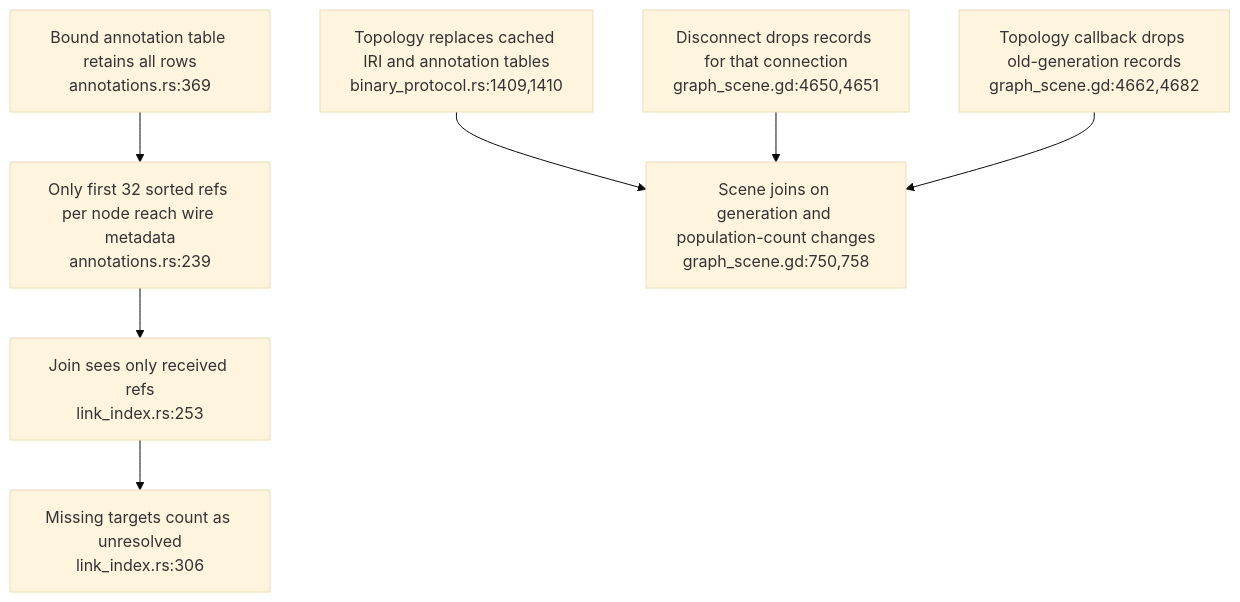
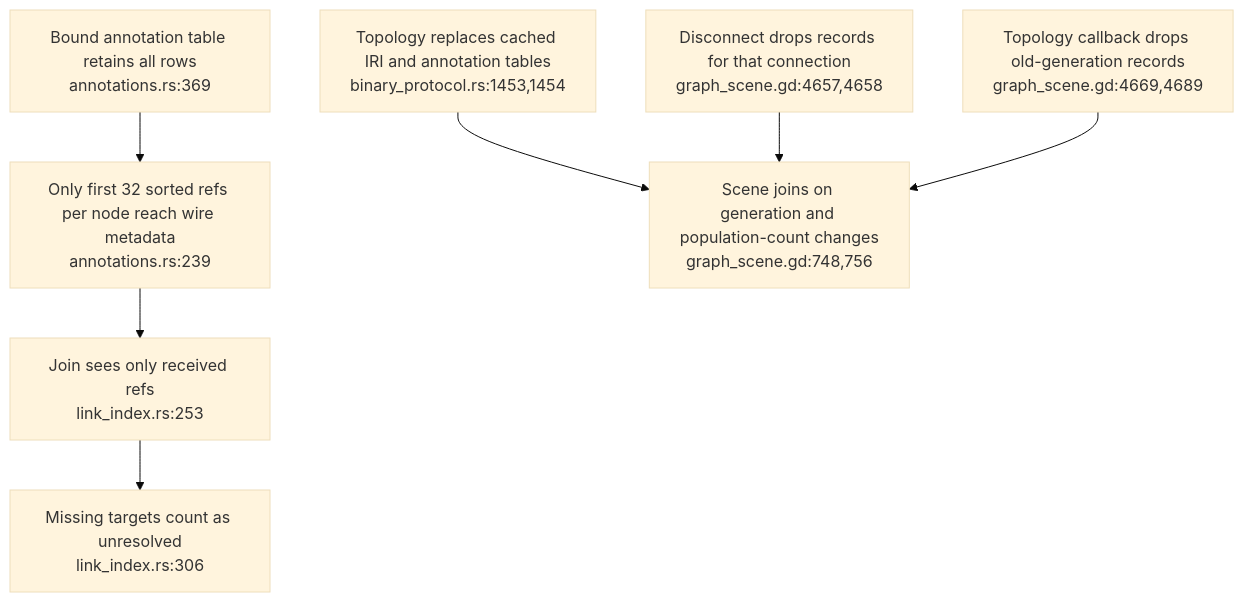
The third of 3 diagrams in docs/diagrams/visionclaw/45-code-to-concept-link-evidence.md (DreamLab-AI/VisionFlow), drawn with Mermaid (base theme) before and after one commit. The commit also changed other lines of this file and 24 other files, not shown here.

Commit message:
docs: align XR liveness, filtering and rendering diagrams (#33)

````diff
--- a/docs/diagrams/visionclaw/45-code-to-concept-link-evidence.md
+++ b/docs/diagrams/visionclaw/45-code-to-concept-link-evidence.md
@@ -67,9 +67,9 @@
 ```mermaid
 flowchart TD
     ALL["Bound annotation table retains all rows<br/>annotations.rs:369"] --> CUT["Only first 32 sorted refs per node reach wire metadata<br/>annotations.rs:239"]
     CUT --> JOIN["Join sees only received refs<br/>link_index.rs:253"]
     JOIN --> COUNT["Missing targets count as unresolved<br/>link_index.rs:306"]
-    TOPO["Topology replaces cached IRI and annotation tables<br/>binary_protocol.rs:1409,1410"] --> REBUILD["Scene joins on generation and population-count changes<br/>graph_scene.gd:750,758"]
-    DISC["Disconnect drops records for that connection<br/>graph_scene.gd:4650,4651"] --> REBUILD
-    NEW["Topology callback drops old-generation records<br/>graph_scene.gd:4662,4682"] --> REBUILD
+    TOPO["Topology replaces cached IRI and annotation tables<br/>binary_protocol.rs:1453,1454"] --> REBUILD["Scene joins on generation and population-count changes<br/>graph_scene.gd:748,756"]
+    DISC["Disconnect drops records for that connection<br/>graph_scene.gd:4657,4658"] --> REBUILD
+    NEW["Topology callback drops old-generation records<br/>graph_scene.gd:4669,4689"] --> REBUILD
 ```
````
